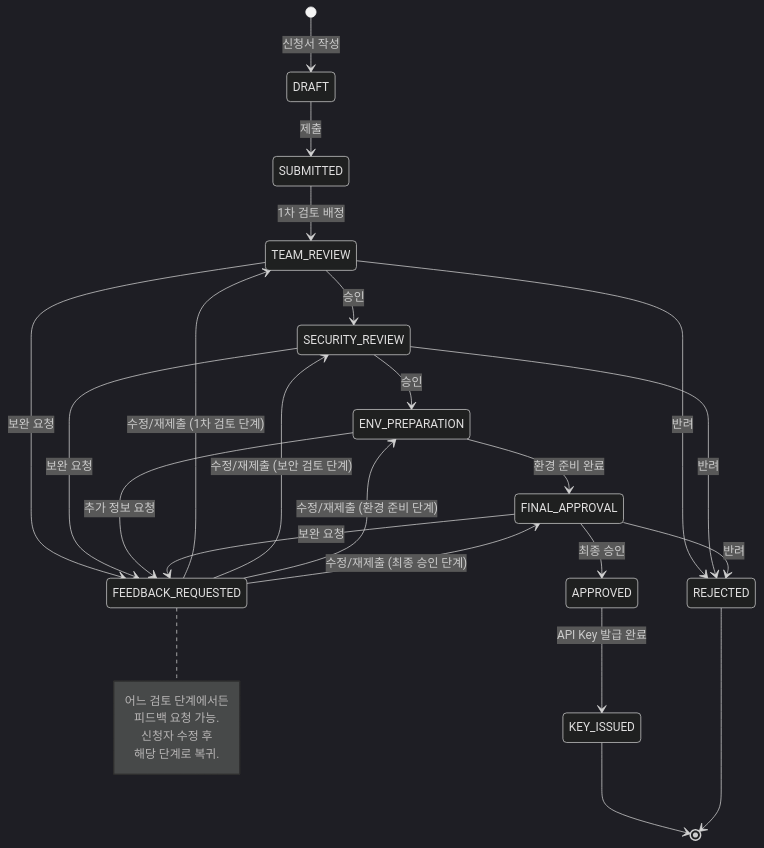
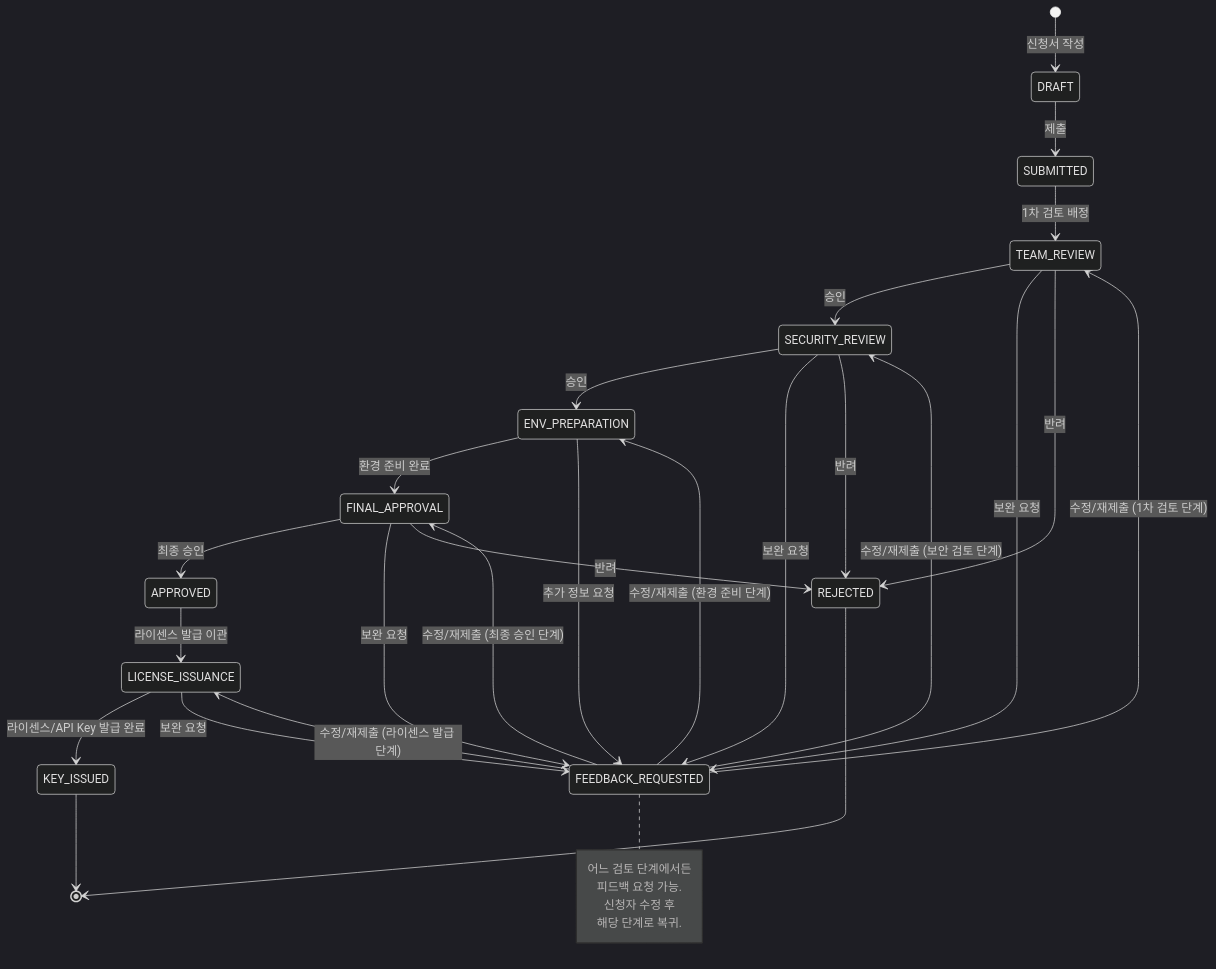
Before and after one commit to nuriguri1228/codehub-manage-aitool: the second of 3 diagrams in docs/02_요구사항_정의서.md, drawn with Mermaid (dark theme). The commit also changed other lines of this file and 20 other files, not shown here.

First line of the commit message:
Add LICENSE_MANAGER role and replace FINAL_APPROVAL with LICENSE_ISSUANCE

````diff
--- a/docs/02_요구사항_정의서.md
+++ b/docs/02_요구사항_정의서.md
@@ -634,38 +634,41 @@
 ```mermaid
 stateDiagram-v2
     [*] --> DRAFT : 신청서 작성
     DRAFT --> SUBMITTED : 제출
     SUBMITTED --> TEAM_REVIEW : 1차 검토 배정
 
     TEAM_REVIEW --> SECURITY_REVIEW : 승인
     TEAM_REVIEW --> FEEDBACK_REQUESTED : 보완 요청
     TEAM_REVIEW --> REJECTED : 반려
 
     SECURITY_REVIEW --> ENV_PREPARATION : 승인
     SECURITY_REVIEW --> FEEDBACK_REQUESTED : 보완 요청
     SECURITY_REVIEW --> REJECTED : 반려
 
     ENV_PREPARATION --> FINAL_APPROVAL : 환경 준비 완료
     ENV_PREPARATION --> FEEDBACK_REQUESTED : 추가 정보 요청
 
     FINAL_APPROVAL --> APPROVED : 최종 승인
     FINAL_APPROVAL --> FEEDBACK_REQUESTED : 보완 요청
     FINAL_APPROVAL --> REJECTED : 반려
 
-    APPROVED --> KEY_ISSUED : API Key 발급 완료
+    APPROVED --> LICENSE_ISSUANCE : 라이센스 발급 이관
+    LICENSE_ISSUANCE --> KEY_ISSUED : 라이센스/API Key 발급 완료
+    LICENSE_ISSUANCE --> FEEDBACK_REQUESTED : 보완 요청
 
     FEEDBACK_REQUESTED --> TEAM_REVIEW : 수정/재제출 (1차 검토 단계)
     FEEDBACK_REQUESTED --> SECURITY_REVIEW : 수정/재제출 (보안 검토 단계)
     FEEDBACK_REQUESTED --> ENV_PREPARATION : 수정/재제출 (환경 준비 단계)
     FEEDBACK_REQUESTED --> FINAL_APPROVAL : 수정/재제출 (최종 승인 단계)
+    FEEDBACK_REQUESTED --> LICENSE_ISSUANCE : 수정/재제출 (라이센스 발급 단계)
 
     KEY_ISSUED --> [*]
     REJECTED --> [*]
 
     note right of FEEDBACK_REQUESTED
         어느 검토 단계에서든
         피드백 요청 가능.
         신청자 수정 후
         해당 단계로 복귀.
     end note
 ```
````
